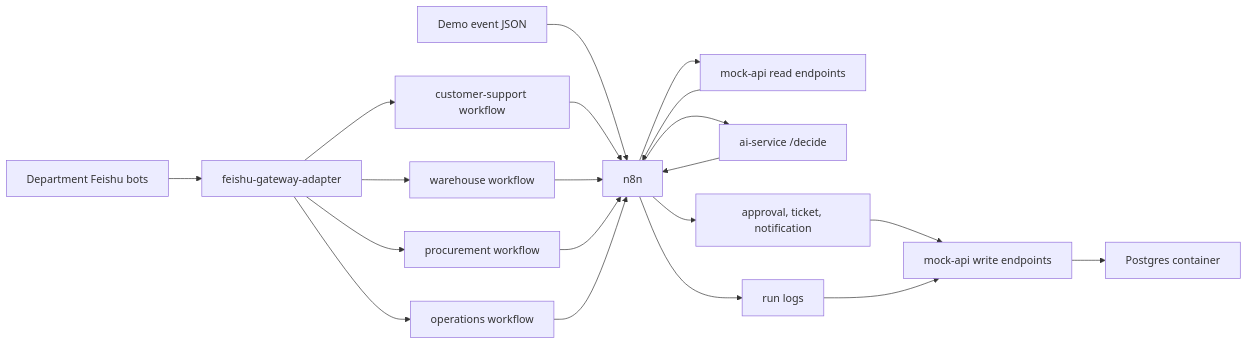
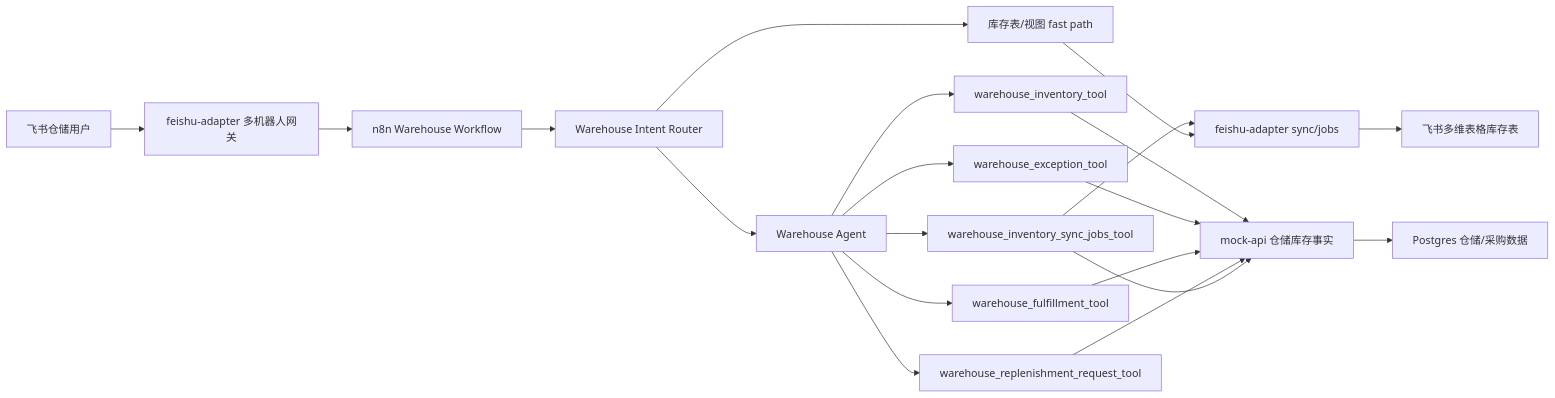
One commit to talon1126/agent changed the first of 3 diagrams in README.md. Above: the diagram before and after it, drawn with Mermaid. The commit also changed other lines of this file and 6 other files, not shown here.

Commit message:
feat: add warehouse order inventory balances

````diff
--- a/README.md
+++ b/README.md
@@ -16,22 +14,25 @@
-```mermaid
-flowchart LR
-    Event["Demo event JSON"] --> N8N["n8n workflow"]
-    Feishu["Department Feishu bots"] --> Adapter["feishu-gateway-adapter"]
-    Adapter --> CS["customer-support workflow"]
-    Adapter --> WH["warehouse workflow"]
-    Adapter --> PR["procurement workflow"]
-    Adapter --> OPS["operations workflow"]
-    CS --> N8N["n8n"]
-    WH --> N8N
-    PR --> N8N
-    OPS --> N8N
-    N8N --> MockRead["mock-api read endpoints"]
-    MockRead --> N8N
-    N8N --> AI["ai-service /decide"]
-    AI --> N8N
-    N8N --> Actions["approval, ticket, notification"]
-    N8N --> Logs["run logs"]
-    Actions --> MockWrite["mock-api write endpoints"]
-    Logs --> MockWrite
-    MockWrite --> Postgres["Postgres container"]
-```
+  ```mermaid
+  flowchart LR
+      User["飞书仓储用户"] --> Gateway["feishu-adapter 多机器人网关"]
+      Gateway --> Workflow["n8n Warehouse Workflow"]
+      Workflow --> Router["Warehouse Intent Router"]
+      Router --> FastSync["库存表/视图 fast path"]
+      Router --> Agent["Warehouse Agent"]
+
+      Agent --> InventoryTool["warehouse_inventory_tool"]
+      Agent --> ExceptionTool["warehouse_exception_tool"]
+      Agent --> FulfillmentTool["warehouse_fulfillment_tool"]
+      Agent --> ReplenishmentTool["warehouse_replenishment_request_tool"]
+      Agent --> SyncJobsTool["warehouse_inventory_sync_jobs_tool"]
+
+      InventoryTool --> MockAPI["mock-api 仓储库存事实"]
+      ExceptionTool --> MockAPI
+      FulfillmentTool --> MockAPI
+      ReplenishmentTool --> MockAPI
+      SyncJobsTool --> MockAPI
+      SyncJobsTool --> AdapterSync["feishu-adapter sync/jobs"]
+      FastSync --> AdapterSync
+      AdapterSync --> Bitable["飞书多维表格库存表"]
+
+      MockAPI --> Postgres["Postgres 仓储/采购数据"]
+  ```
````
